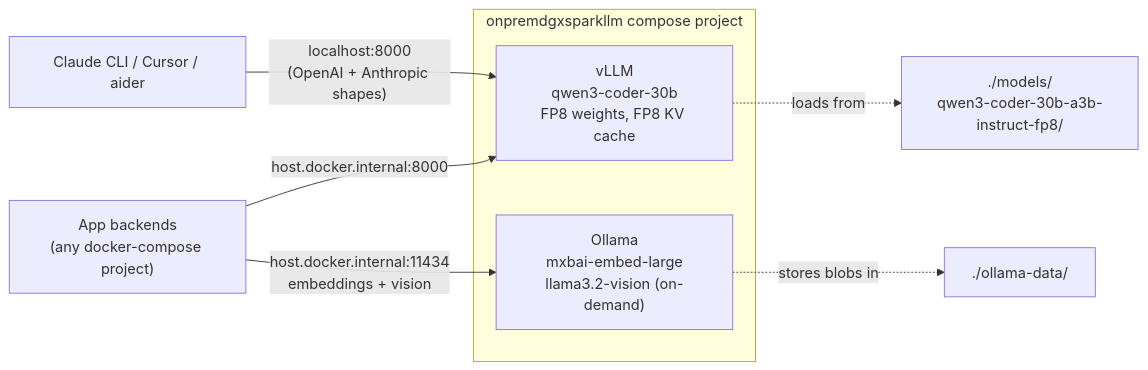
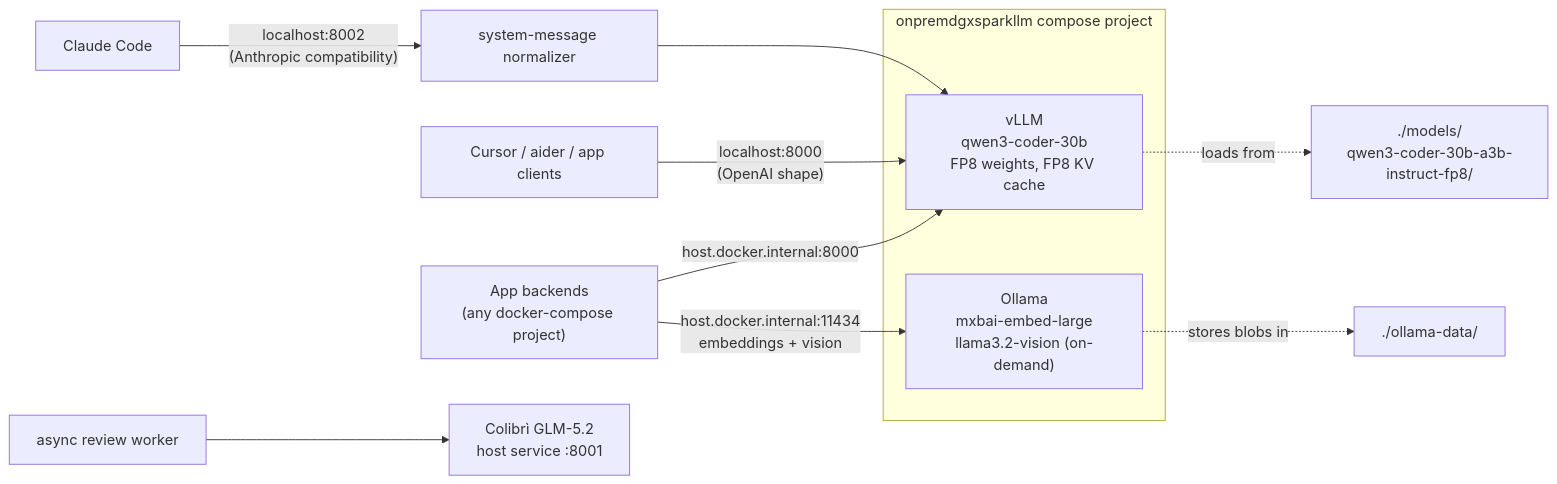
One commit to bharathgnana/onpremdgxsparkllm changed the diagram in docs/ARCHITECTURE.md. Above: the diagram before and after it, drawn with Mermaid. The commit also changed other lines of this file and 42 other files, not shown here.

````diff
--- a/docs/ARCHITECTURE.md
+++ b/docs/ARCHITECTURE.md
@@ -9,12 +14,15 @@
 ```mermaid
 flowchart LR
-  cli["Claude CLI / Cursor / aider"] -->|"localhost:8000<br/>(OpenAI + Anthropic shapes)"| vllm
+  cli["Claude Code"] -->|"localhost:8002<br/>(Anthropic compatibility)"| proxy
+  proxy["system-message normalizer"] --> vllm
+  openai["Cursor / aider / app clients"] -->|"localhost:8000<br/>(OpenAI shape)"| vllm
   app["App backends<br/>(any docker-compose project)"] -->|"host.docker.internal:8000"| vllm
   app -->|"host.docker.internal:11434<br/>embeddings + vision"| ollama
+  reviewer["async review worker"] --> glm["Colibrì GLM-5.2<br/>host service :8001"]
   subgraph stack [onpremdgxsparkllm compose project]
     vllm["vLLM<br/>qwen3-coder-30b<br/>FP8 weights, FP8 KV cache"]
     ollama["Ollama<br/>mxbai-embed-large<br/>llama3.2-vision (on-demand)"]
   end
   vllm -.->|loads from| modelsDir["./models/<br/>qwen3-coder-30b-a3b-instruct-fp8/"]
   ollama -.->|stores blobs in| ollamaData["./ollama-data/"]
 ```
````
